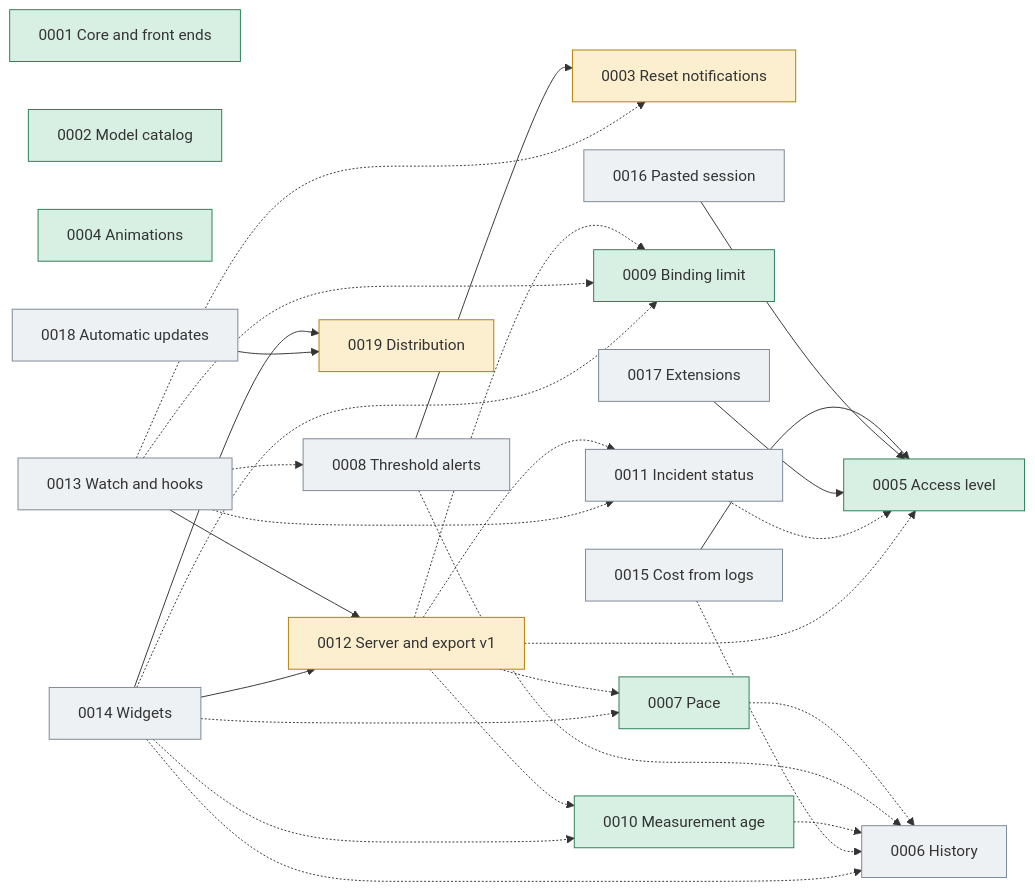
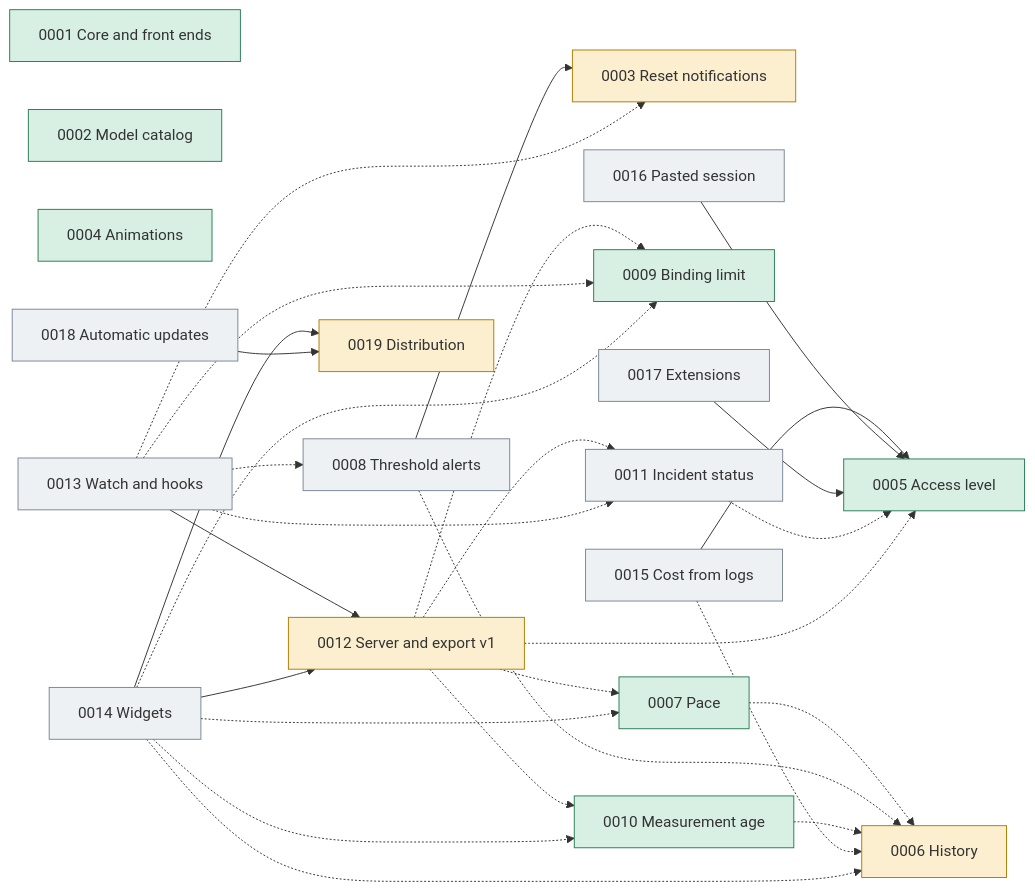
The diagram in docs/plans/0000_control.md (jmarcon/cuotai), drawn with Mermaid before and after one commit. The commit also changed other lines of this file and 13 other files, not shown here.

````diff
--- a/docs/plans/0000_control.md
+++ b/docs/plans/0000_control.md
@@ -89,54 +90,54 @@
 ```mermaid
 graph LR
   classDef done fill:#d8f0e4,stroke:#2a7d55
   classDef wip fill:#fbefcf,stroke:#b07d00
   classDef todo fill:#eef1f4,stroke:#7a8794
 
   P1["0001 Core and front ends"]:::done
   P2["0002 Model catalog"]:::done
   P3["0003 Reset notifications"]:::wip
   P4["0004 Animations"]:::done
   P5["0005 Access level"]:::done
-  P6["0006 History"]:::todo
+  P6["0006 History"]:::wip
   P7["0007 Pace"]:::done
   P8["0008 Threshold alerts"]:::todo
   P9["0009 Binding limit"]:::done
   P10["0010 Measurement age"]:::done
   P11["0011 Incident status"]:::todo
   P12["0012 Server and export v1"]:::wip
   P13["0013 Watch and hooks"]:::todo
   P14["0014 Widgets"]:::todo
   P15["0015 Cost from logs"]:::todo
   P16["0016 Pasted session"]:::todo
   P17["0017 Extensions"]:::todo
   P18["0018 Automatic updates"]:::todo
   P19["0019 Distribution"]:::wip
 
   P8 --> P3
   P13 --> P12
   P14 --> P12
   P14 --> P19
   P15 --> P5
   P16 --> P5
   P17 --> P5
   P18 --> P19
 
   P7 -.-> P6
   P8 -.-> P6
   P10 -.-> P6
   P11 -.-> P5
   P15 -.-> P6
   P12 -.-> P5
   P12 -.-> P7
   P12 -.-> P9
   P12 -.-> P10
   P12 -.-> P11
   P13 -.-> P3
   P13 -.-> P8
   P13 -.-> P9
   P13 -.-> P11
   P14 -.-> P6
   P14 -.-> P7
   P14 -.-> P9
   P14 -.-> P10
 ```
````
